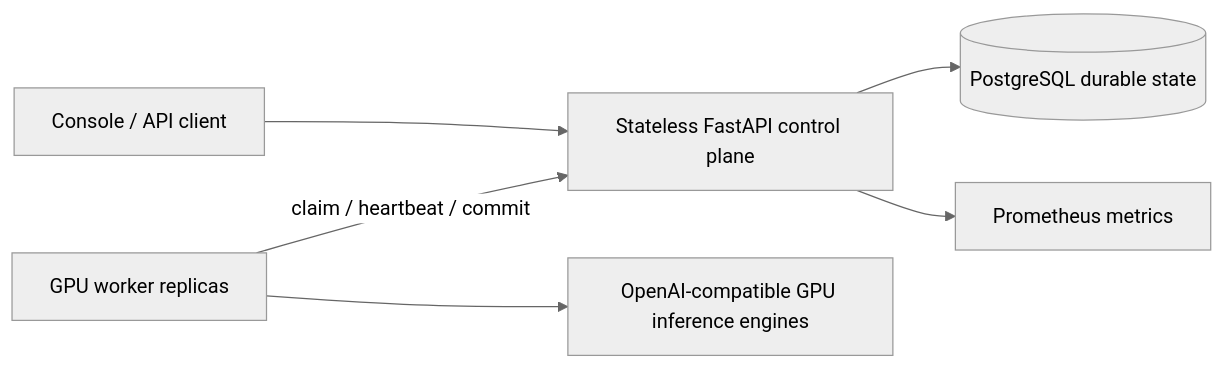
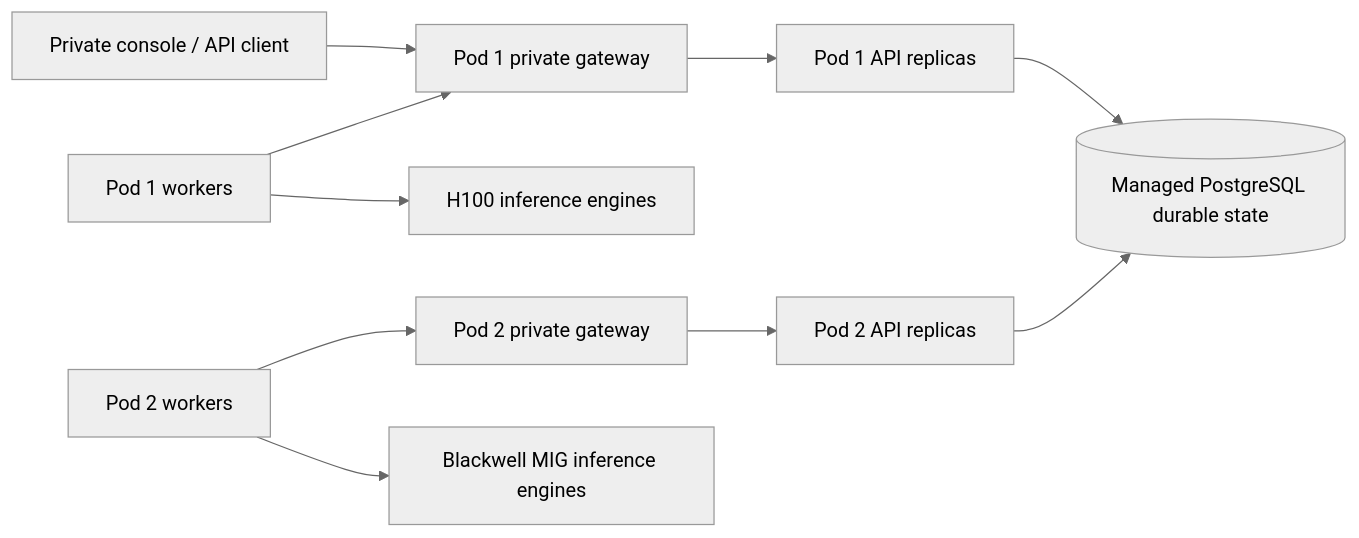
One commit to yinli-systems/batchforge changed the diagram in docs/architecture.md. Above: the diagram before and after it, drawn with Mermaid (neutral theme). The commit also changed other lines of this file and 136 other files, not shown here.

Commit message:
Build independent managed control planes and single-call scheduling

````diff
--- a/docs/architecture.md
+++ b/docs/architecture.md
@@ -3,8 +3,12 @@
 ```mermaid
 flowchart LR
-  Client[Console / API client] --> API[Stateless FastAPI control plane]
-  API --> PG[(PostgreSQL durable state)]
-  Worker[GPU worker replicas] -->|claim / heartbeat / commit| API
-  Worker --> Engine[OpenAI-compatible GPU inference engines]
-  API --> Metrics[Prometheus metrics]
+  Client[Private console / API client] --> G1[Pod 1 private gateway]
+  G1 --> A1[Pod 1 API replicas]
+  G2[Pod 2 private gateway] --> A2[Pod 2 API replicas]
+  A1 --> PG[(Managed PostgreSQL durable state)]
+  A2 --> PG
+  W1[Pod 1 workers] --> G1
+  W2[Pod 2 workers] --> G2
+  W1 --> E1[H100 inference engines]
+  W2 --> E2[Blackwell MIG inference engines]
 ```
````
